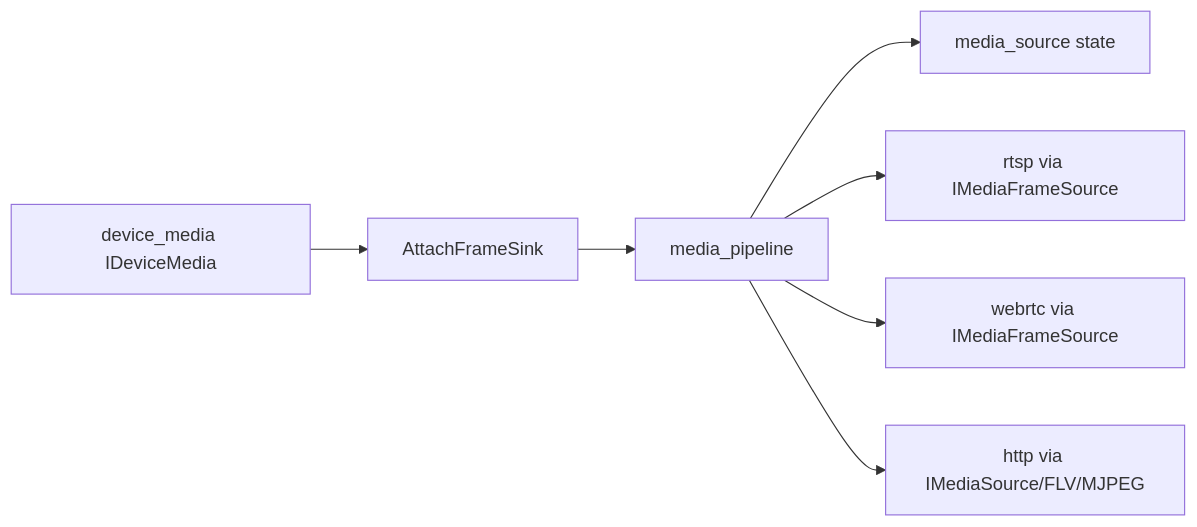
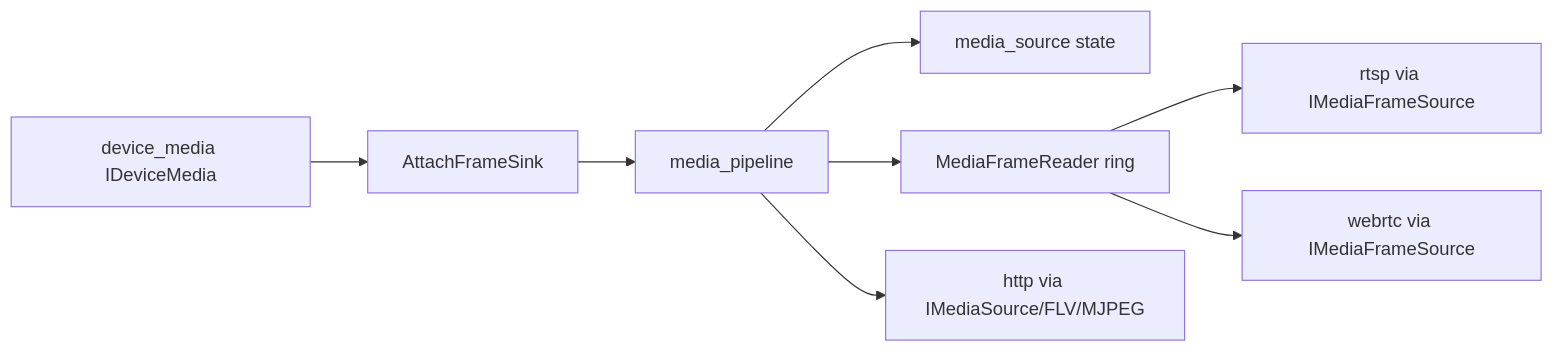
The diagram in docs/libs/media_pipeline.md (373699756/live_stream), drawn with Mermaid before and after one commit. The commit also changed other lines of this file and 10 other files, not shown here.

Commit message:
refactor(media-source): task 5 freeze frame reader contract

````diff
--- a/docs/libs/media_pipeline.md
+++ b/docs/libs/media_pipeline.md
@@ -15,9 +17,10 @@
 ```mermaid
 flowchart LR
   Media[device_media IDeviceMedia] --> Attach[AttachFrameSink]
   Attach --> SourceSvc[media_pipeline]
   SourceSvc --> Source[media_source state]
-  SourceSvc --> RTSP[rtsp via IMediaFrameSource]
-  SourceSvc --> WebRTC[webrtc via IMediaFrameSource]
+  SourceSvc --> Reader[MediaFrameReader ring]
+  Reader --> RTSP[rtsp via IMediaFrameSource]
+  Reader --> WebRTC[webrtc via IMediaFrameSource]
   SourceSvc --> HTTP[http via IMediaSource/FLV/MJPEG]
 ```
````
